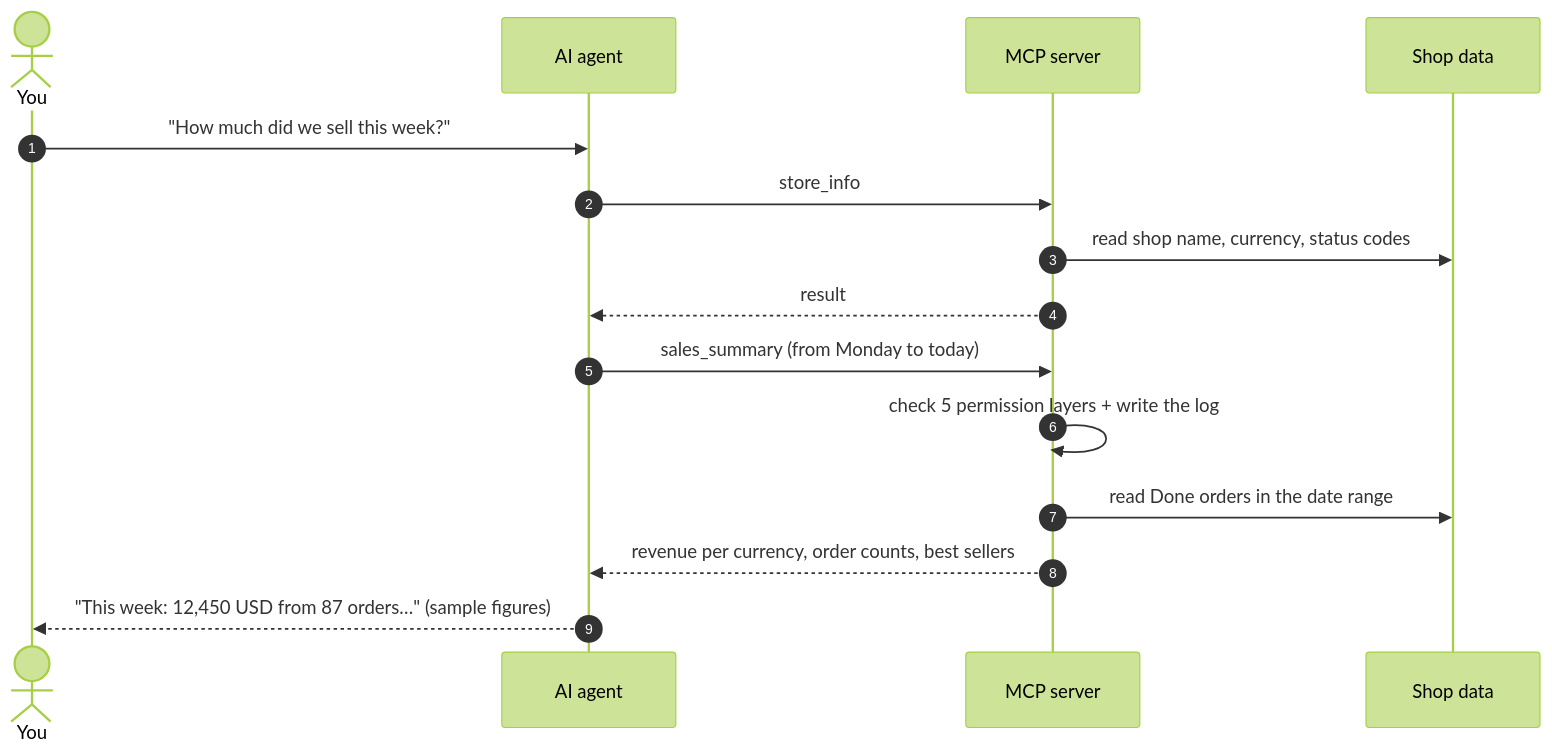
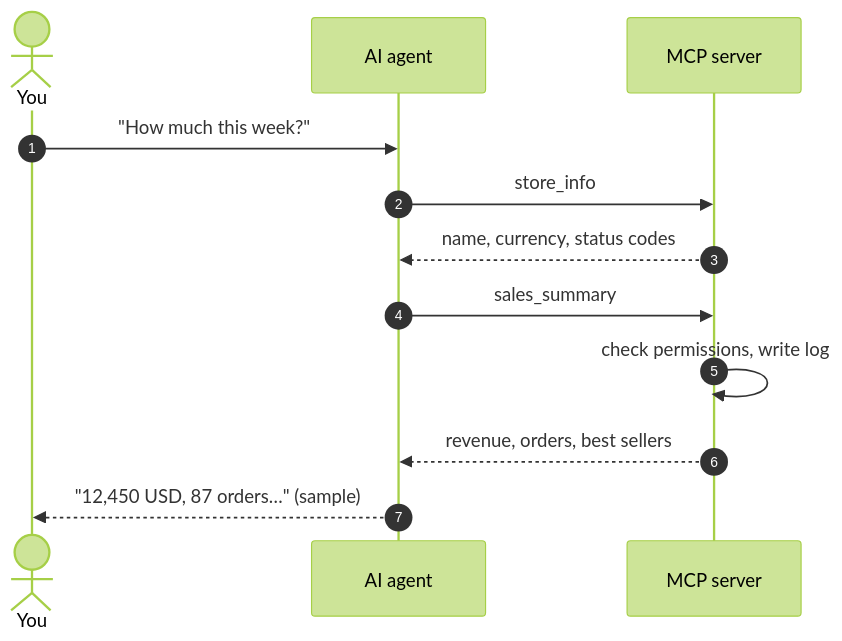
The second of 2 diagrams in mcp/mcp-introduction.md (gp247net/gp247-docs), drawn with Mermaid (forest theme) before and after one commit. The commit also changed other lines of this file and 44 other files, not shown here.

First line of the commit message:
docs: redraw oversized diagrams in security, API and MCP docs (vi/en/ja)

````diff
--- a/mcp/mcp-introduction.md
+++ b/mcp/mcp-introduction.md
@@ -97,17 +103,14 @@
 ```mermaid
 sequenceDiagram
     autonumber
     actor U as You
     participant A as AI agent
     participant M as MCP server
-    participant S as Shop data
-    U->>A: "How much did we sell this week?"
+    U->>A: "How much this week?"
     A->>M: store_info
-    M->>S: read shop name, currency, status codes
-    M-->>A: result
-    A->>M: sales_summary (from Monday to today)
-    M->>M: check 5 permission layers + write the log
-    M->>S: read Done orders in the date range
-    M-->>A: revenue per currency, order counts, best sellers
-    A-->>U: "This week: 12,450 USD from 87 orders…" (sample figures)
+    M-->>A: name, currency, status codes
+    A->>M: sales_summary
+    M->>M: check permissions, write log
+    M-->>A: revenue, orders, best sellers
+    A-->>U: "12,450 USD, 87 orders…" (sample)
 ```
````
